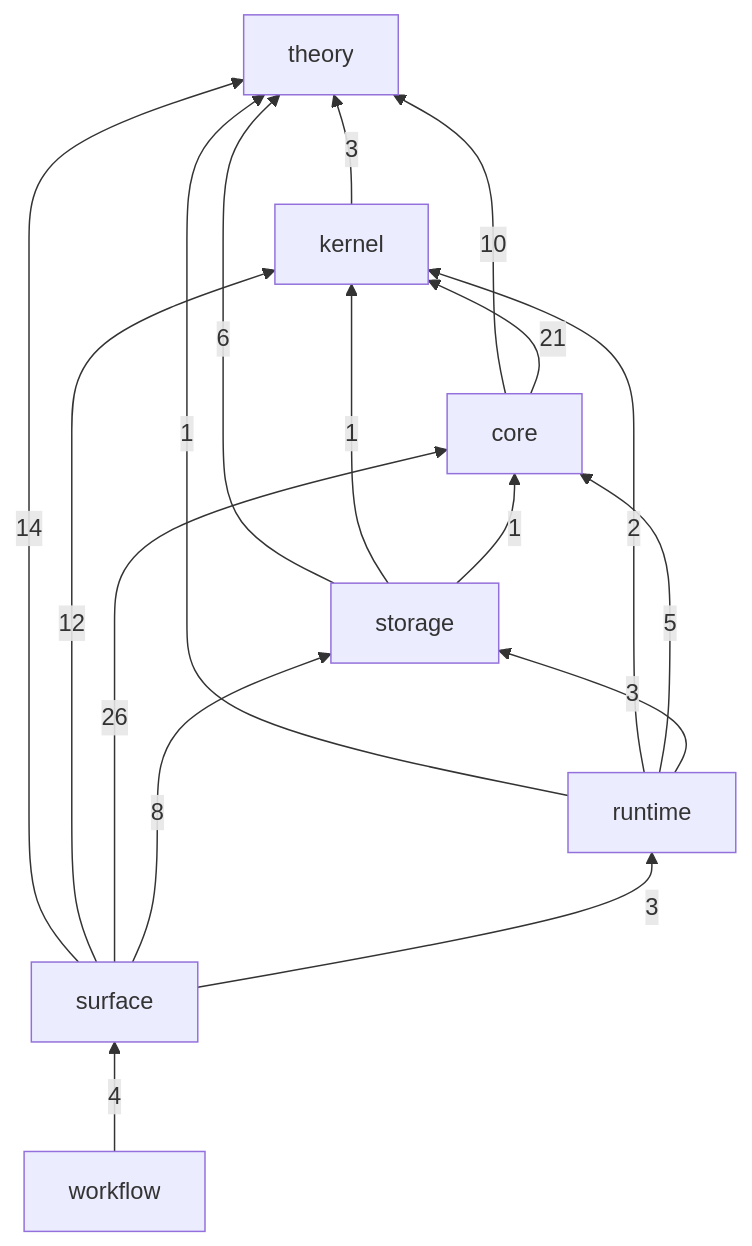
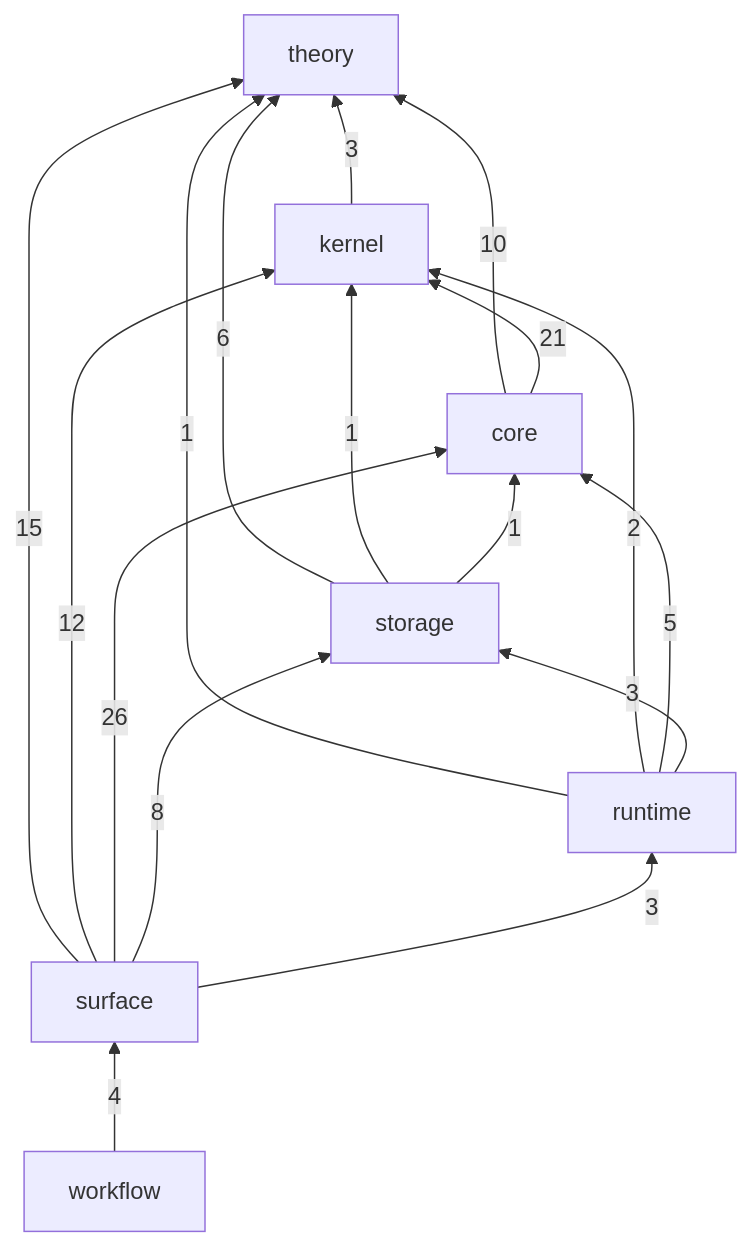
One commit to gandr-lang/gandr changed the diagram in ledger/README.md. Above: the diagram before and after it, drawn with Mermaid. The commit also changed 13 other files, not shown here.

````diff
--- a/ledger/README.md
+++ b/ledger/README.md
@@ -28,26 +28,26 @@
 ```mermaid
 flowchart BT
   theory
   kernel
   core
   storage
   runtime
   surface
   workflow
   kernel -->|3| theory
   core -->|10| theory
   core -->|21| kernel
   storage -->|6| theory
   storage -->|1| kernel
   storage -->|1| core
   runtime -->|1| theory
   runtime -->|2| kernel
   runtime -->|5| core
   runtime -->|3| storage
-  surface -->|14| theory
+  surface -->|15| theory
   surface -->|12| kernel
   surface -->|26| core
   surface -->|8| storage
   surface -->|3| runtime
   workflow -->|4| surface
 ```
````
